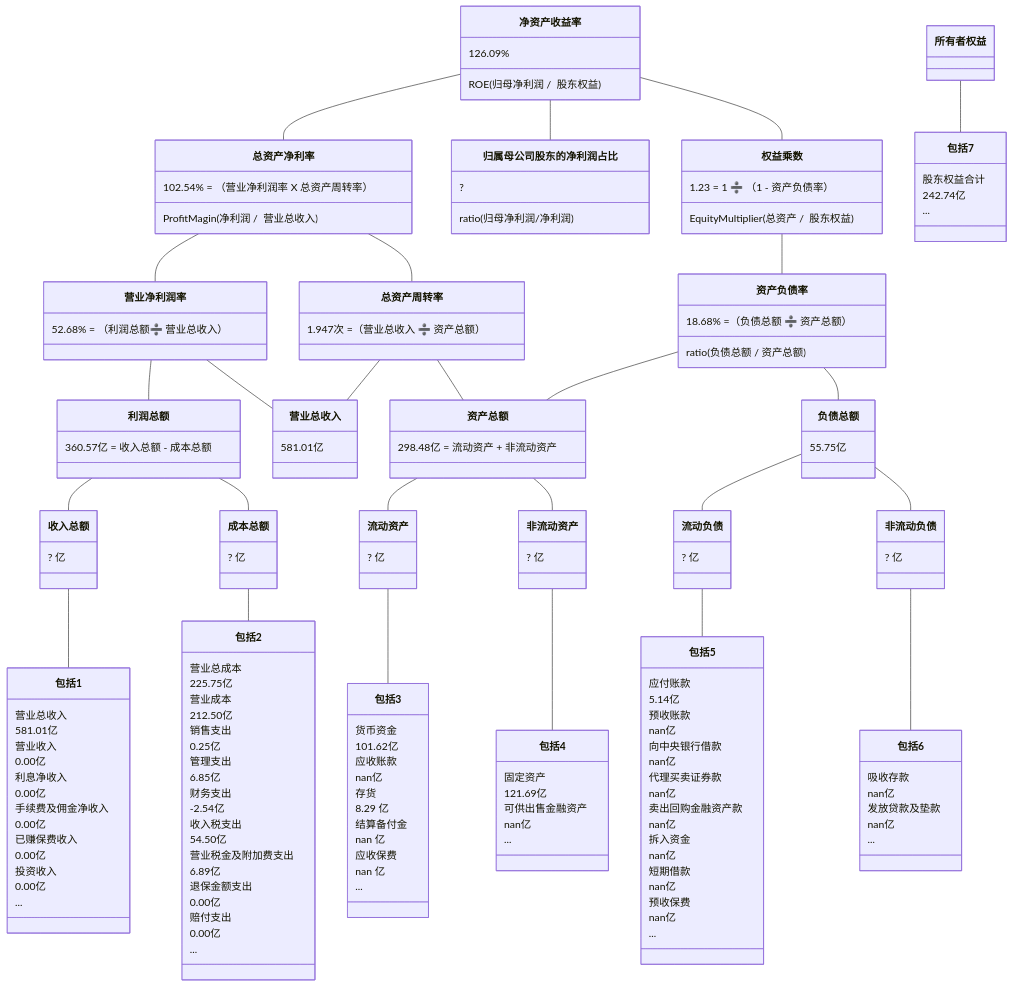
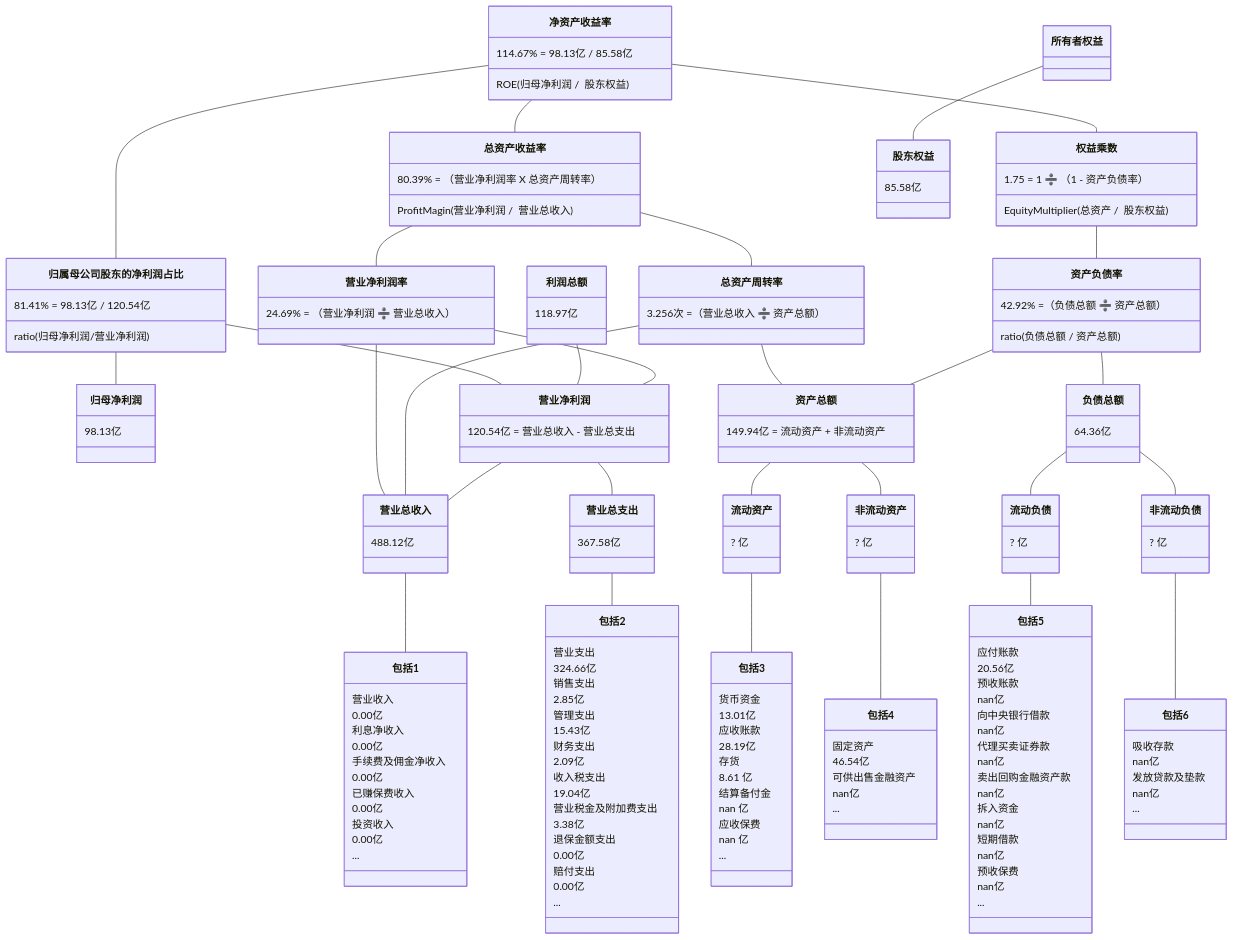
One commit to TheVeryDarkness/cs410 changed the tenth of 10 diagrams in 2/2.md. Above: the diagram before and after it, drawn with Mermaid. The commit also changed other lines of this file and 262 other files, not shown here.

````diff
--- a/2/2.md
+++ b/2/2.md
@@ -1183,53 +1335,55 @@
 ```mermaid
 classDiagram
-净资产收益率 -- 总资产净利率
-    净资产收益率 : 126.09%
+净资产收益率 -- 总资产收益率
+    净资产收益率 : 114.67% = 98.13亿 / 85.58亿
     净资产收益率 : ROE(归母净利润 /  股东权益)
-    总资产净利率 : 102.54% = （营业净利润率 X 总资产周转率）
-    总资产净利率 : ProfitMagin(净利润 /  营业总收入)
+    总资产收益率 : 80.39% = （营业净利润率 X 总资产周转率）
+    总资产收益率 : ProfitMagin(营业净利润 /  营业总收入)
 净资产收益率 -- 归属母公司股东的净利润占比
-	归属母公司股东的净利润占比 : ?
-	归属母公司股东的净利润占比 : ratio(归母净利润/净利润)
+	  归属母公司股东的净利润占比 : 81.41% = 98.13亿 / 120.54亿
+	  归属母公司股东的净利润占比 : ratio(归母净利润/营业净利润)
+归属母公司股东的净利润占比 -- 归母净利润
+    归母净利润 : 98.13亿
+归属母公司股东的净利润占比 -- 营业净利润
+利润总额 : 118.97亿
+利润总额 -- 营业净利润
 净资产收益率 -- 权益乘数
-    权益乘数 : 1.23 = 1 ➗ （1 - 资产负债率）
+    权益乘数 : 1.75 = 1 ➗ （1 - 资产负债率）
     权益乘数 : EquityMultiplier(总资产 /  股东权益)
-    
-总资产净利率 -- 营业净利润率
-    营业净利润率 : 52.68% = （利润总额➗ 营业总收入）
-总资产净利率 -- 总资产周转率
-    总资产周转率 : 1.947次 =（营业总收入 ➗ 资产总额）
+
+总资产收益率 -- 营业净利润率
+    营业净利润率 : 24.69% = （营业净利润 ➗ 营业总收入）
+总资产收益率 -- 总资产周转率
+    总资产周转率 : 3.256次 =（营业总收入 ➗ 资产总额）
 权益乘数 -- 资产负债率
-    资产负债率  : 18.68% =（负债总额 ➗ 资产总额）
+    资产负债率  : 42.92% =（负债总额 ➗ 资产总额）
     资产负债率  : ratio(负债总额 / 资产总额)
 
-营业净利润率 -- 利润总额
-   利润总额 : 360.57亿 = 收入总额 - 成本总额
+营业净利润率 -- 营业净利润
+    营业净利润 : 120.54亿 = 营业总收入 - 营业总支出
 营业净利润率 -- 营业总收入
-    营业总收入 : 581.01亿
 总资产周转率 -- 营业总收入
 总资产周转率 -- 资产总额
-    资产总额 : 298.48亿 = 流动资产 + 非流动资产
-资产负债率 -- 　负债总额
-    负债总额 : 55.75亿
-资产负债率 -- 　资产总额
+    资产总额 : 149.94亿 = 流动资产 + 非流动资产
+资产负债率 -- 负债总额
+    负债总额 : 64.36亿
+资产负债率 -- 资产总额
 
 
-利润总额 -- 收入总额
-    收入总额 : ? 亿
-利润总额 -- 成本总额
-    成本总额 : ? 亿
+营业净利润 -- 营业总收入
+    营业总收入 : 488.12亿
+营业净利润 -- 营业总支出
+    营业总支出 : 367.58亿
 资产总额 -- 流动资产
-	流动资产 : ? 亿
+	  流动资产 : ? 亿
 资产总额 -- 非流动资产
-	非流动资产 : ? 亿
+	  非流动资产 : ? 亿
 负债总额 -- 流动负债
-	流动负债 : ? 亿
+	  流动负债 : ? 亿
 负债总额 -- 非流动负债
-	非流动负债 : ? 亿
+	  非流动负债 : ? 亿
 
-收入总额 -- 包括1
-    包括1 : 营业总收入
-    包括1 : 581.01亿
+营业总收入 -- 包括1
     包括1 : 营业收入
     包括1 : 0.00亿
     包括1 : 利息净收入
@@ -1241,21 +1395,19 @@
     包括1 : 投资收入
     包括1 : 0.00亿
     包括1 : ...
-成本总额 -- 包括2
-    包括2 : 营业总成本
-    包括2 : 225.75亿
-    包括2 : 营业成本
-    包括2 : 212.50亿
+营业总支出 -- 包括2
+    包括2 : 营业支出
+    包括2 : 324.66亿
     包括2 : 销售支出
-    包括2 : 0.25亿
+    包括2 : 2.85亿
     包括2 : 管理支出
-    包括2 : 6.85亿
+    包括2 : 15.43亿
     包括2 : 财务支出
-    包括2 : -2.54亿
+    包括2 : 2.09亿
     包括2 : 收入税支出
-    包括2 : 54.50亿
+    包括2 : 19.04亿
     包括2 : 营业税金及附加费支出
-    包括2 : 6.89亿
+    包括2 : 3.38亿
     包括2 : 退保金额支出
     包括2 : 0.00亿
     包括2 : 赔付支出
@@ -1263,11 +1415,11 @@
     包括2 : ...
 流动资产 -- 包括3
     包括3 : 货币资金
-    包括3 : 101.62亿
+    包括3 : 13.01亿
     包括3 : 应收账款
-    包括3 : nan亿
+    包括3 : 28.19亿
     包括3 : 存货
-    包括3 : 8.29 亿
+    包括3 : 8.61 亿
     包括3 : 结算备付金
     包括3 : nan 亿
     包括3 : 应收保费
@@ -1275,13 +1427,13 @@
     包括3 : ...
 非流动资产 -- 包括4
     包括4 : 固定资产
-    包括4 : 121.69亿
+    包括4 : 46.54亿
     包括4 : 可供出售金融资产
     包括4 : nan亿
     包括4 : ...
 流动负债 -- 包括5
     包括5 : 应付账款
-    包括5 : 5.14亿
+    包括5 : 20.56亿
     包括5 : 预收账款
     包括5 : nan亿
     包括5 : 向中央银行借款
@@ -1303,8 +1455,6 @@
     包括6 : 发放贷款及垫款
     包括6 : nan亿
     包括6 : ...
-所有者权益 -- 包括7
-    包括7 : 股东权益合计
-    包括7 : 242.74亿
-    包括7 : ...
+所有者权益 -- 股东权益
+    股东权益 : 85.58亿
 ```
````
